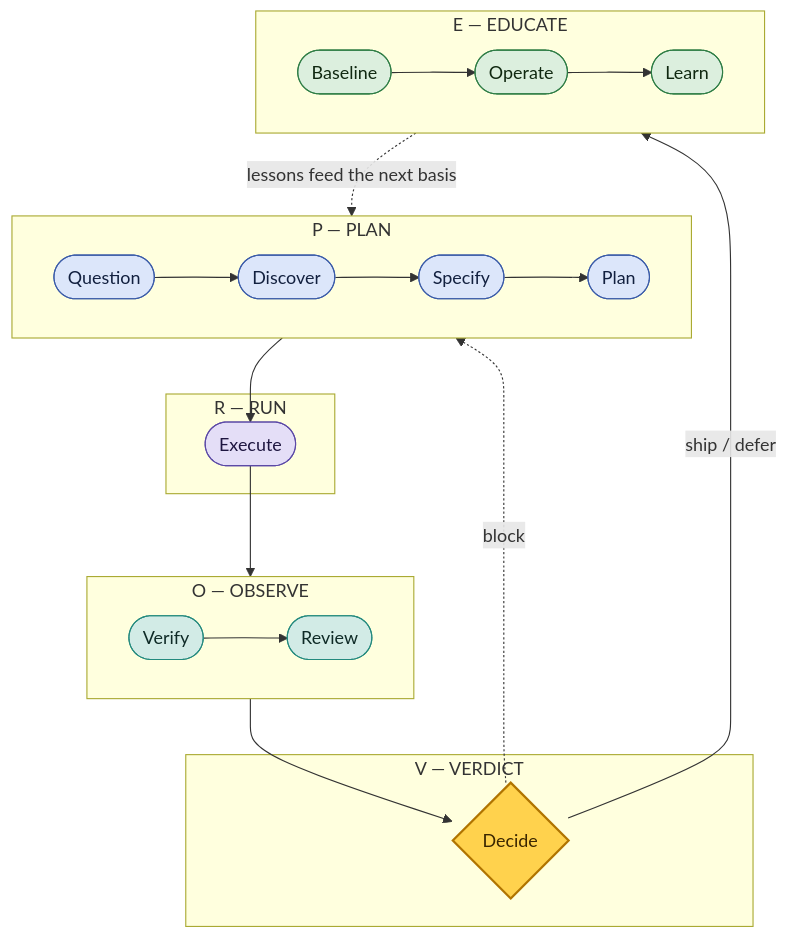
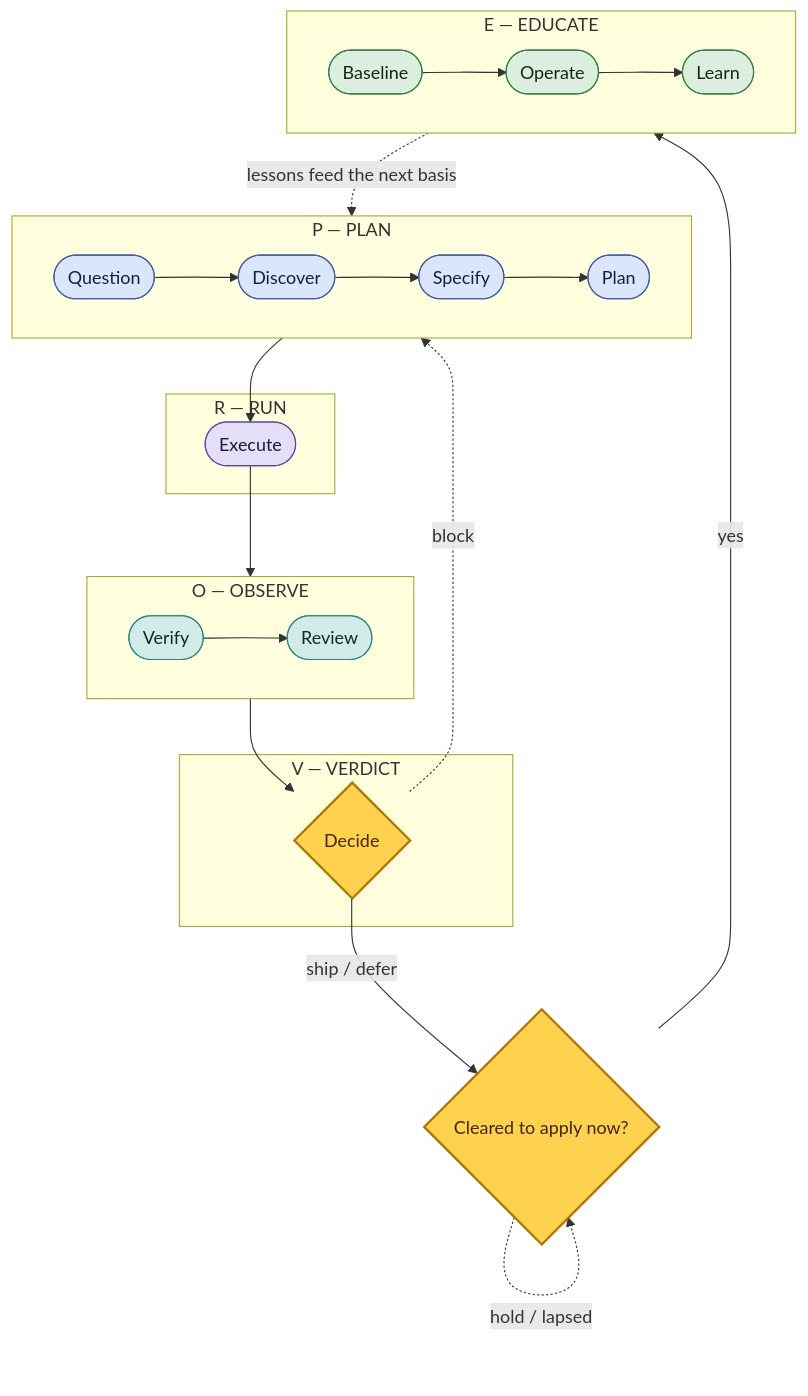
Before and after one commit to FlyFission/nuclear-grade-context-engineering: the third of 9 diagrams in docs/diagrams.md, drawn with Mermaid. The commit also changed other lines of this file and 5 other files, not shown here.

First line of the commit message:
Separate "verified" from "cleared to apply" in the state model (#55)

````diff
--- a/docs/diagrams.md
+++ b/docs/diagrams.md
@@ -62,37 +66,39 @@
 ```mermaid
 flowchart TB
   classDef plan fill:#DCE6FA,stroke:#3A5BA8,color:#12203F;
   classDef run fill:#E4DEF7,stroke:#5B49A6,color:#1E1640;
   classDef obs fill:#D2EBE6,stroke:#248A7E,color:#0E2A26;
   %% 'emb': green style for the Baseline/Operate/Learn nodes; the class name is kept from before the Embed -> Educate rename (it is shared by both the PRO and PROVE diagrams).
   classDef emb fill:#DCEFDE,stroke:#2E7D45,color:#102810;
   classDef gate fill:#FFD24D,stroke:#B07400,color:#3A2600,stroke-width:2px;
   subgraph LP["P — PLAN"]
     direction LR
     Q(["Question"]) --> D(["Discover"]) --> S(["Specify"]) --> PL(["Plan"])
   end
   subgraph LRUN["R — RUN"]
     E(["Execute"])
   end
   subgraph LO["O — OBSERVE"]
     direction LR
     V(["Verify"]) --> RV(["Review"])
   end
   subgraph LV["V — VERDICT"]
     DEC{"Decide"}
   end
   subgraph LE["E — EDUCATE"]
     direction LR
     B(["Baseline"]) --> OP(["Operate"]) --> L(["Learn"])
   end
   PL --> E --> V
   RV --> DEC
-  DEC -->|"ship / defer"| B
+  DEC -->|"ship / defer"| CLR{"Cleared to apply now?"}
+  CLR -->|"yes"| B
+  CLR -.->|"hold / lapsed"| CLR
   DEC -.->|"block"| PL
   L -.->|"lessons feed the next basis"| Q
   class Q,D,S,PL plan
   class E run
   class V,RV obs
-  class DEC gate
+  class DEC,CLR gate
   class B,OP,L emb
 ```
````
